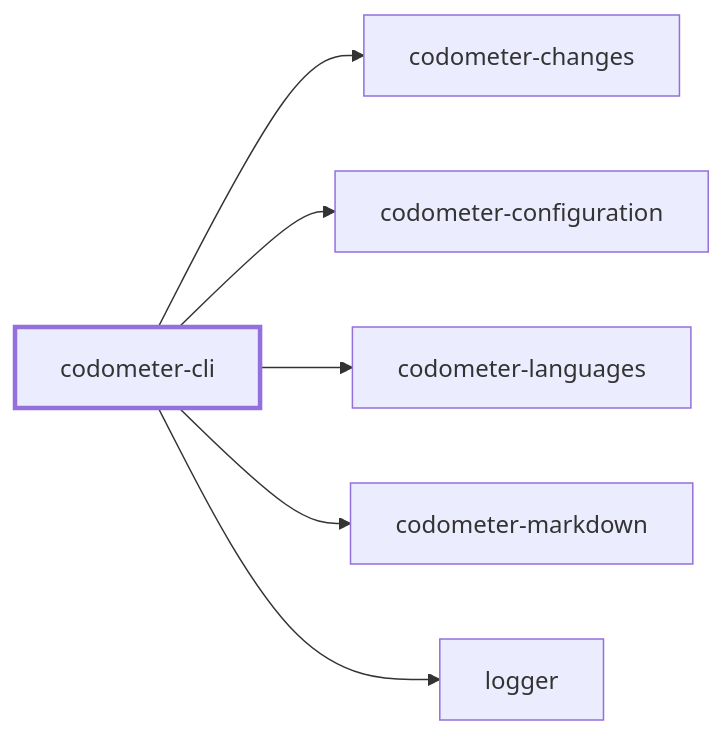
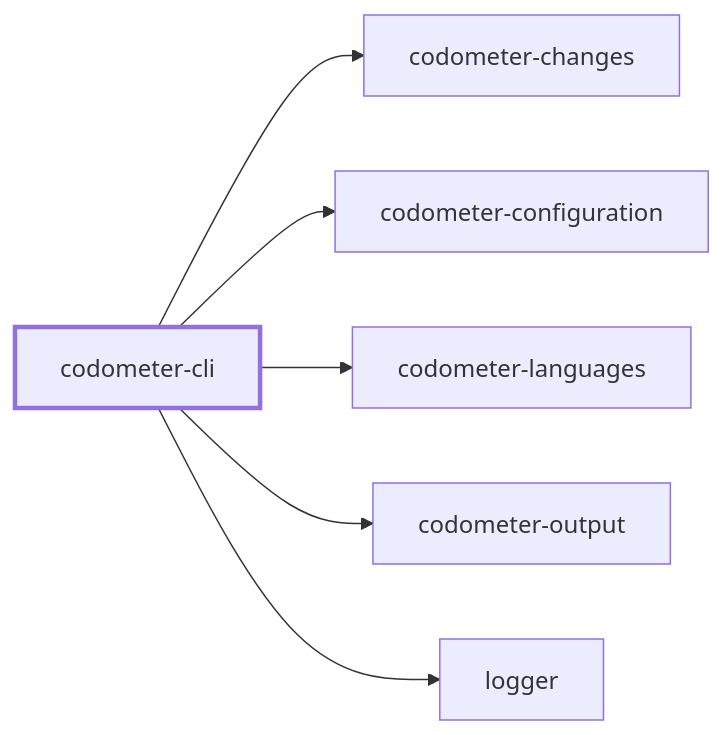
One commit to JimmyPaolini/codebase changed the first of 2 diagrams in packages/codometer-cli/README.md. Above: the diagram before and after it, drawn with Mermaid. The commit also changed other lines of this file and 63 other files, not shown here.

Commit message:
feat(codometer): ✨ consolidate output rendering into codometer-output

````diff
--- a/packages/codometer-cli/README.md
+++ b/packages/codometer-cli/README.md
@@ -431,16 +431,16 @@
 ```mermaid
 flowchart LR
   codometer_changes["codometer-changes"]
   codometer_cli["codometer-cli"]
   codometer_configuration["codometer-configuration"]
   codometer_languages["codometer-languages"]
-  codometer_markdown["codometer-markdown"]
+  codometer_output["codometer-output"]
   logger["logger"]
   codometer_cli --> codometer_changes
   codometer_cli --> codometer_configuration
   codometer_cli --> codometer_languages
-  codometer_cli --> codometer_markdown
+  codometer_cli --> codometer_output
   codometer_cli --> logger
   classDef subject stroke-width:3px
   class codometer_cli subject
 ```
````
